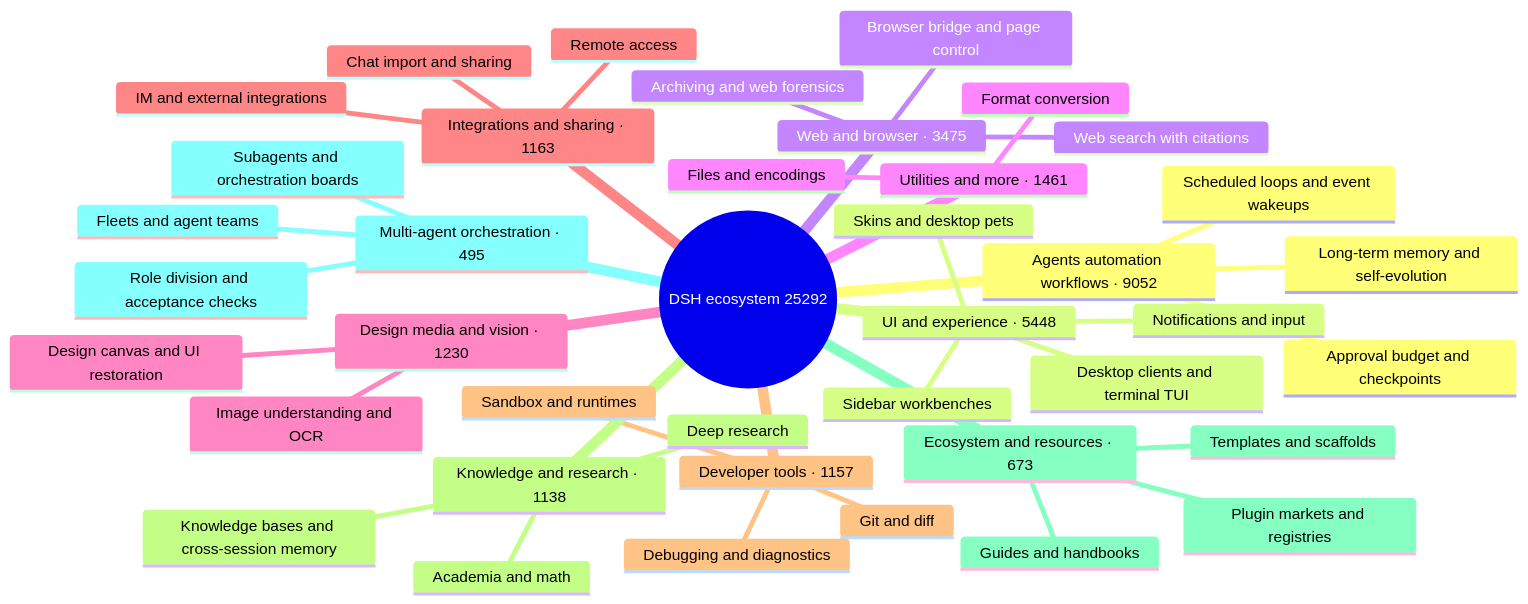
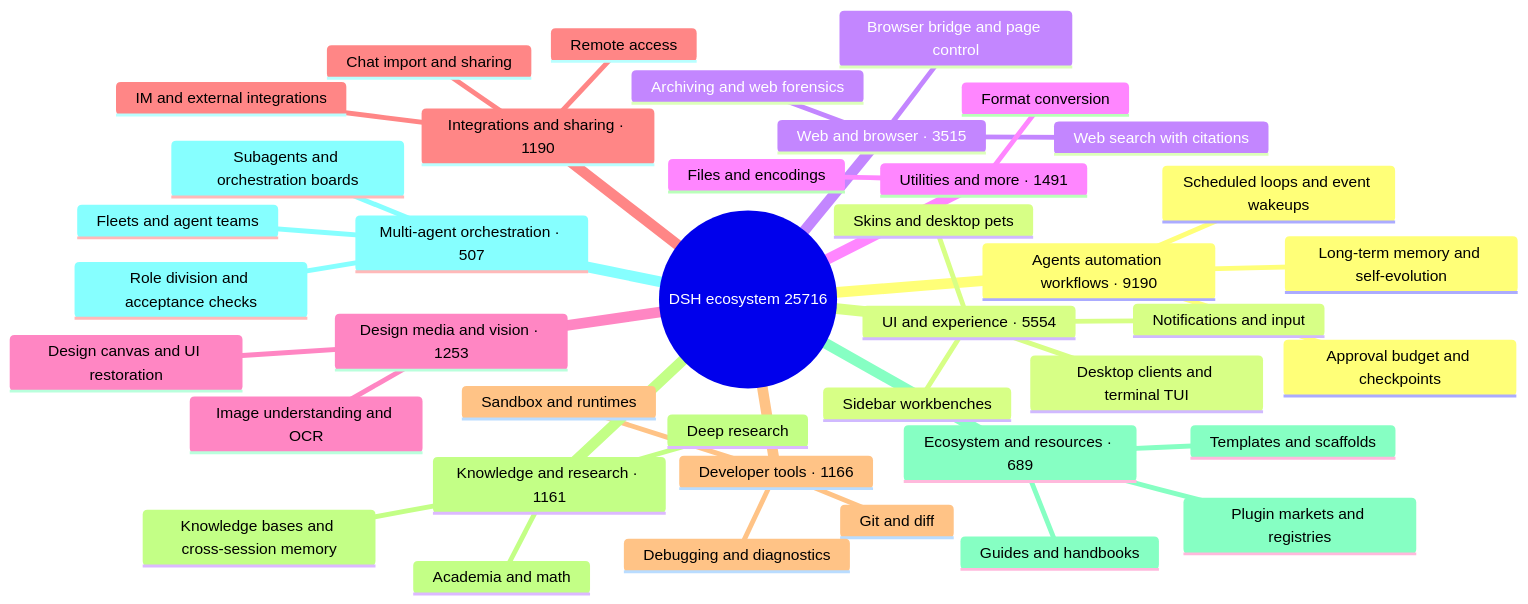
The diagram in README_EN.md (bruc3van/awesome-dsh-plugin), drawn with Mermaid before and after one commit. The commit also changed other lines of this file and 27 other files, not shown here.

````diff
--- a/README_EN.md
+++ b/README_EN.md
@@ -32,43 +32,43 @@
 ```mermaid
 mindmap
-  root((DSH ecosystem 25292))
-    Agents automation workflows · 9052
+  root((DSH ecosystem 25716))
+    Agents automation workflows · 9190
       Scheduled loops and event wakeups
       Long-term memory and self-evolution
       Approval budget and checkpoints
-    UI and experience · 5448
+    UI and experience · 5554
       Desktop clients and terminal TUI
       Sidebar workbenches
       Skins and desktop pets
       Notifications and input
-    Web and browser · 3475
+    Web and browser · 3515
       Browser bridge and page control
       Web search with citations
       Archiving and web forensics
-    Utilities and more · 1461
+    Utilities and more · 1491
       Files and encodings
       Format conversion
-    Design media and vision · 1230
+    Design media and vision · 1253
       Image understanding and OCR
       Design canvas and UI restoration
-    Integrations and sharing · 1163
+    Integrations and sharing · 1190
       Chat import and sharing
       Remote access
       IM and external integrations
-    Developer tools · 1157
+    Developer tools · 1166
       Git and diff
       Sandbox and runtimes
       Debugging and diagnostics
-    Knowledge and research · 1138
+    Knowledge and research · 1161
       Knowledge bases and cross-session memory
       Deep research
       Academia and math
-    Ecosystem and resources · 673
+    Ecosystem and resources · 689
       Plugin markets and registries
       Templates and scaffolds
       Guides and handbooks
-    Multi-agent orchestration · 495
+    Multi-agent orchestration · 507
       Subagents and orchestration boards
       Fleets and agent teams
       Role division and acceptance checks
 ```
````
